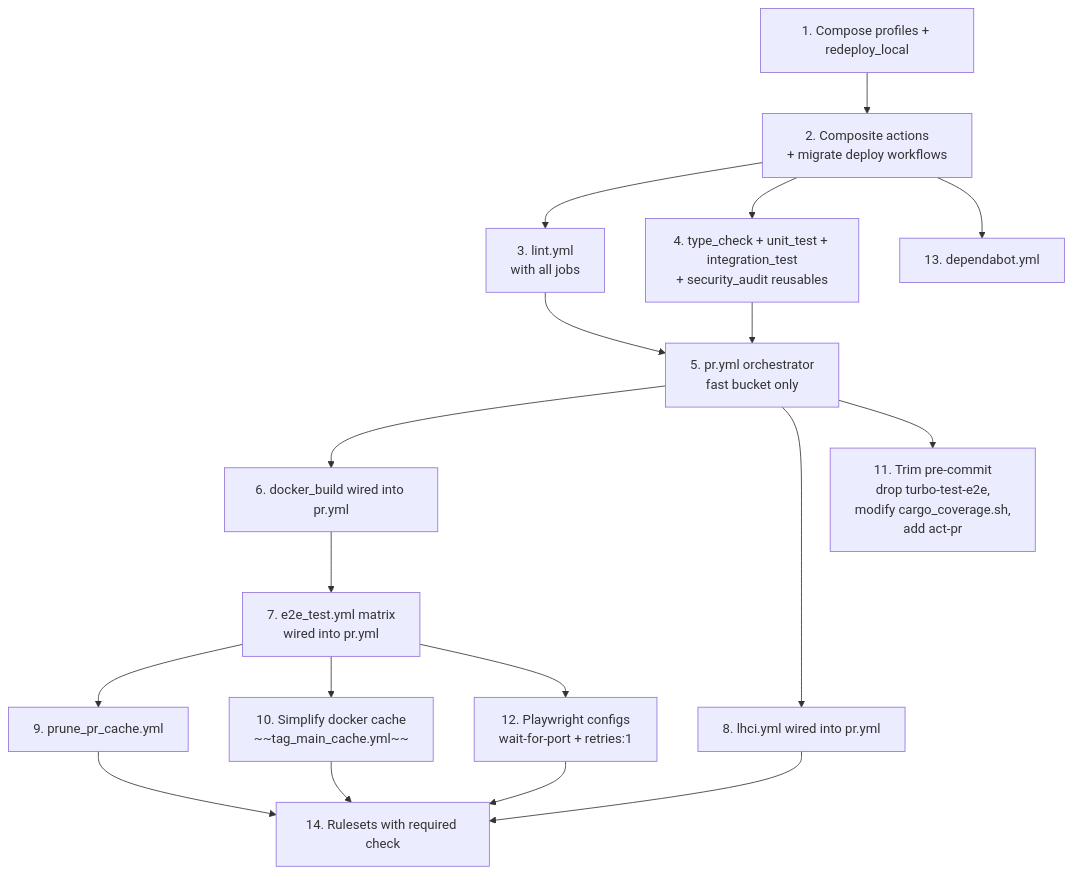
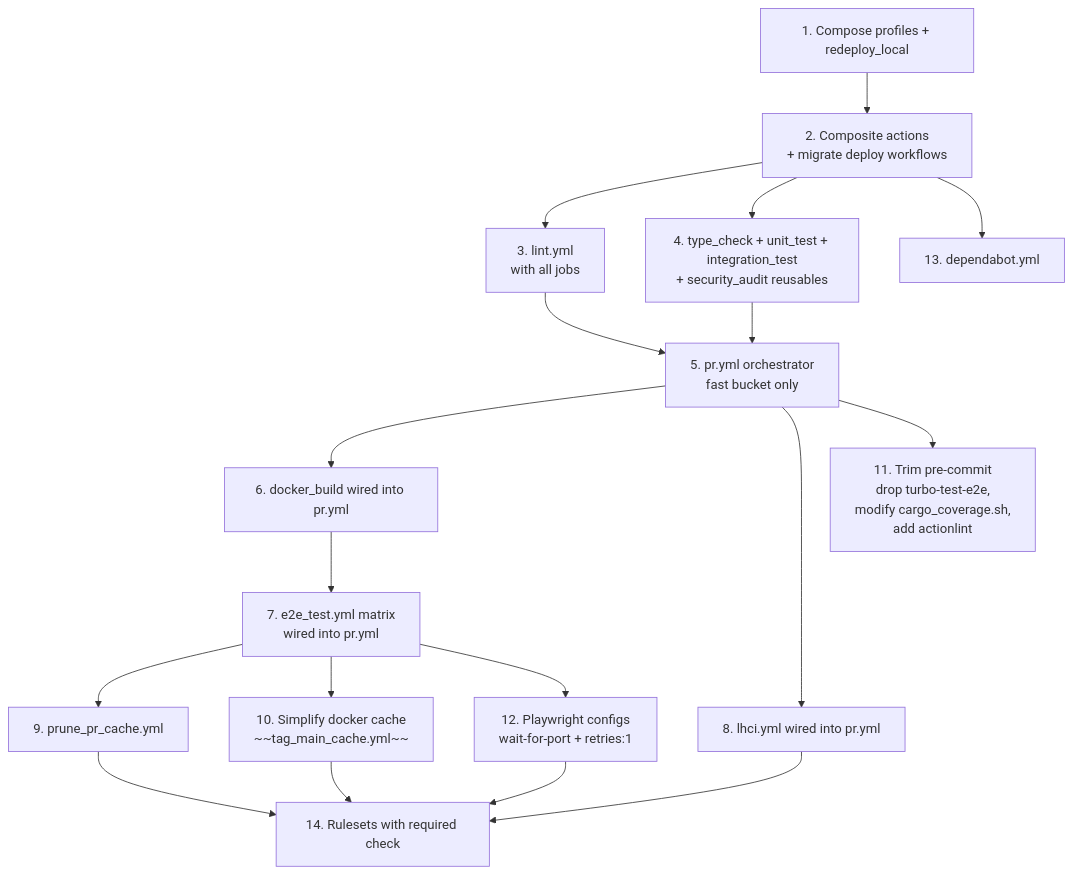
Before and after one commit to token-overflow/tokenoverflow: the diagram in docs/design/2026_05_24_github_ci_cd_pipeline.md, drawn with Mermaid. The commit also changed other lines of this file and 21 other files, not shown here.

First line of the commit message:
Replace act with actionlint; exclude docs from path filters

````diff
--- a/docs/design/2026_05_24_github_ci_cd_pipeline.md
+++ b/docs/design/2026_05_24_github_ci_cd_pipeline.md
@@ -1396,20 +1384,20 @@
 ```mermaid
 flowchart TD
     T1[1. Compose profiles + redeploy_local] --> T2[2. Composite actions<br/>+ migrate deploy workflows]
     T2 --> T3[3. lint.yml<br/>with all jobs]
     T2 --> T4[4. type_check + unit_test + integration_test<br/>+ security_audit reusables]
     T3 --> T5[5. pr.yml orchestrator<br/>fast bucket only]
     T4 --> T5
     T5 --> T6[6. docker_build wired into pr.yml]
     T6 --> T7[7. e2e_test.yml matrix<br/>wired into pr.yml]
     T5 --> T8[8. lhci.yml wired into pr.yml]
     T7 --> T9[9. prune_pr_cache.yml]
     T7 --> T10[10. Simplify docker cache<br/>~~tag_main_cache.yml~~]
-    T5 --> T11[11. Trim pre-commit<br/>drop turbo-test-e2e,<br/>modify cargo_coverage.sh,<br/>add act-pr]
+    T5 --> T11[11. Trim pre-commit<br/>drop turbo-test-e2e,<br/>modify cargo_coverage.sh,<br/>add actionlint]
     T7 --> T12[12. Playwright configs<br/>wait-for-port + retries:1]
     T2 --> T13[13. dependabot.yml]
     T9 --> T14[14. Rulesets with required check]
     T8 --> T14
     T10 --> T14
     T12 --> T14
 ```
````
